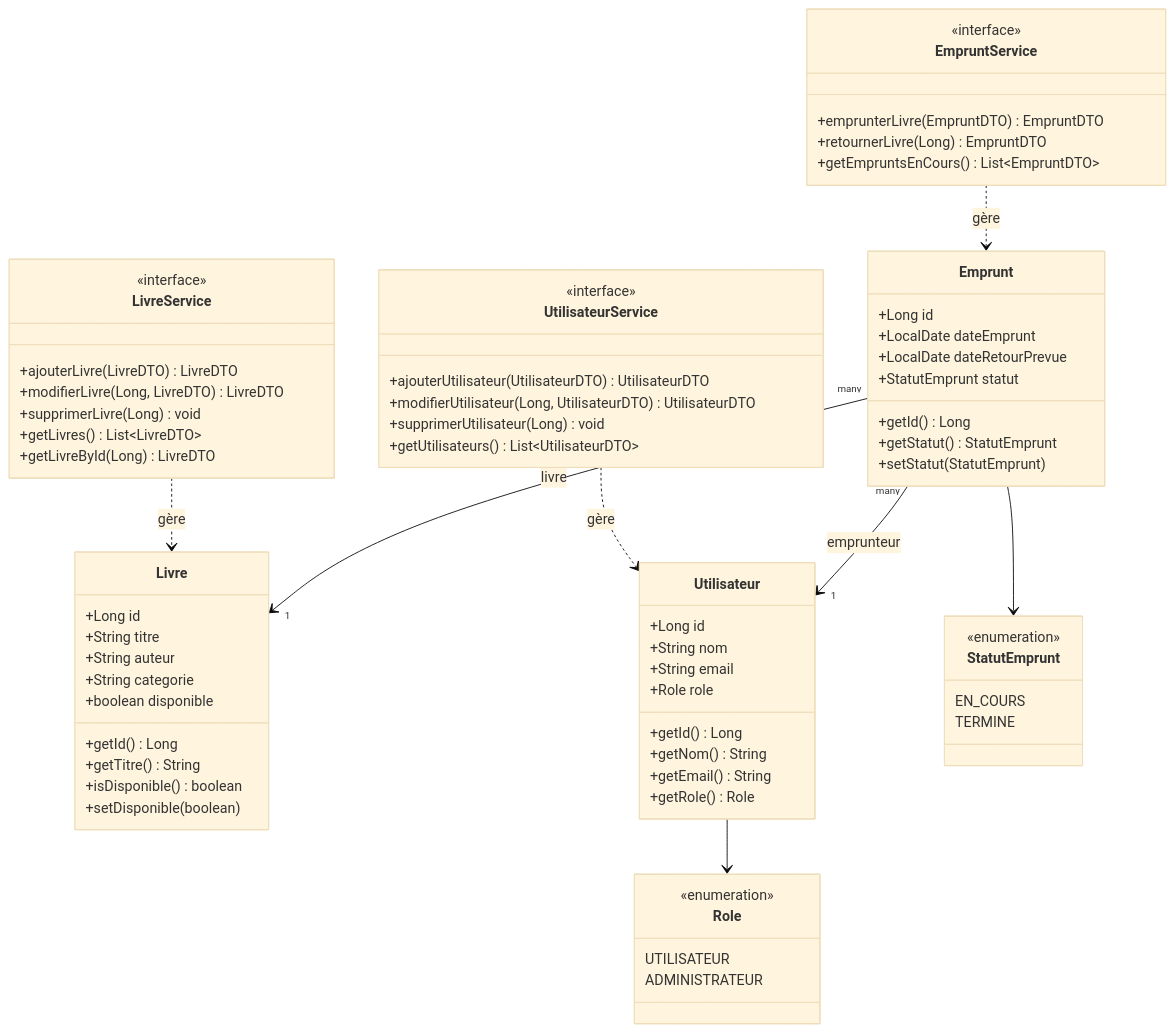
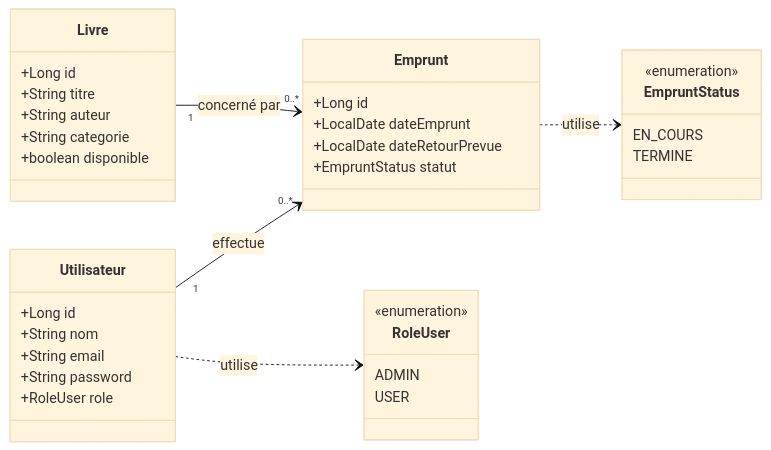
The diagram in analyse/uml-classes.mmd (MahefasoaRAM/java-project), drawn with Mermaid (base theme) before and after one commit. The commit also changed 7 other files, not shown here.

Commit message:
feat: changed diagram to show use case

```diff
--- a/analyse/uml-classes.mmd
+++ b/analyse/uml-classes.mmd
@@ -1,77 +1,50 @@
+%% ═════════════════════════════════════════════════════════════
+%% Diagramme de classes – Modèle entité-relation
+%% Classes principales uniquement : Utilisateur, Livre, Emprunt
+%% (les services, DTO et repositories ne font pas partie du modèle)
+%% ═════════════════════════════════════════════════════════════
 classDiagram
+    direction LR
+
+    class Utilisateur {
+        +Long id
+        +String nom
+        +String email
+        +String password
+        +RoleUser role
+    }
+
     class Livre {
         +Long id
         +String titre
         +String auteur
         +String categorie
         +boolean disponible
-        +getId() Long
-        +getTitre() String
-        +isDisponible() boolean
-        +setDisponible(boolean)
-    }
-
-    class Utilisateur {
-        +Long id
-        +String nom
-        +String email
-        +Role role
-        +getId() Long
-        +getNom() String
-        +getEmail() String
-        +getRole() Role
     }
 
     class Emprunt {
         +Long id
         +LocalDate dateEmprunt
         +LocalDate dateRetourPrevue
-        +StatutEmprunt statut
-        +getId() Long
-        +getStatut() StatutEmprunt
-        +setStatut(StatutEmprunt)
+        +EmpruntStatus statut
     }
 
-    class StatutEmprunt {
+    class RoleUser {
+        <<enumeration>>
+        ADMIN
+        USER
+    }
+
+    class EmpruntStatus {
         <<enumeration>>
         EN_COURS
         TERMINE
     }
 
-    class Role {
-        <<enumeration>>
-        UTILISATEUR
-        ADMINISTRATEUR
-    }
+    %% ── Associations (cardinalités UML) ──
+    Utilisateur "1" --> "0..*" Emprunt : effectue
+    Livre "1" --> "0..*" Emprunt : concerné par
 
-    class LivreService {
-        <<interface>>
-        +ajouterLivre(LivreDTO) LivreDTO
-        +modifierLivre(Long, LivreDTO) LivreDTO
-        +supprimerLivre(Long) void
-        +getLivres() List~LivreDTO~
-        +getLivreById(Long) LivreDTO
-    }
-
-    class UtilisateurService {
-        <<interface>>
-        +ajouterUtilisateur(UtilisateurDTO) UtilisateurDTO
-        +modifierUtilisateur(Long, UtilisateurDTO) UtilisateurDTO
-        +supprimerUtilisateur(Long) void
-        +getUtilisateurs() List~UtilisateurDTO~
-    }
-
-    class EmpruntService {
-        <<interface>>
-        +emprunterLivre(EmpruntDTO) EmpruntDTO
-        +retournerLivre(Long) EmpruntDTO
-        +getEmpruntsEnCours() List~EmpruntDTO~
-    }
-
-    Emprunt "many" --> "1" Utilisateur : emprunteur
-    Emprunt "many" --> "1" Livre : livre
-    Emprunt --> StatutEmprunt
-    Utilisateur --> Role
-    LivreService ..> Livre : gère
-    UtilisateurService ..> Utilisateur : gère
-    EmpruntService ..> Emprunt : gère
+    %% ── Énumérations liées aux entités ──
+    Utilisateur ..> RoleUser : utilise
+    Emprunt ..> EmpruntStatus : utilise
```
